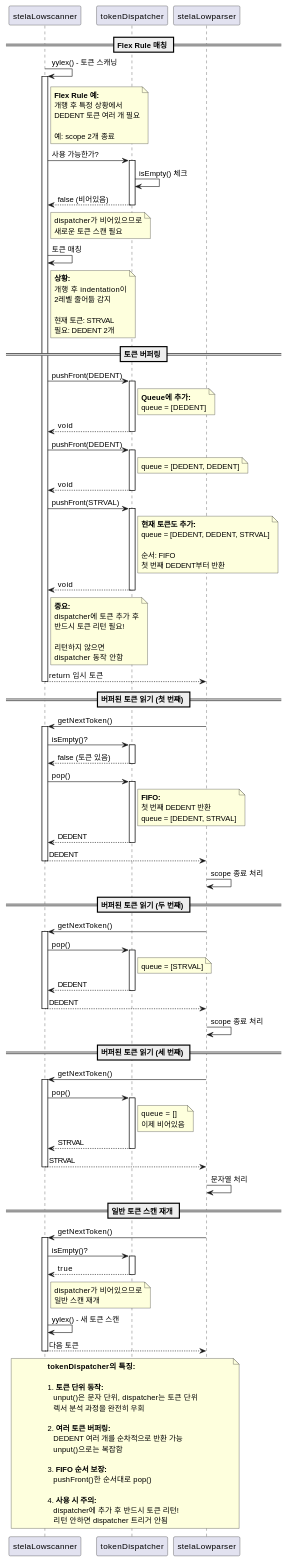
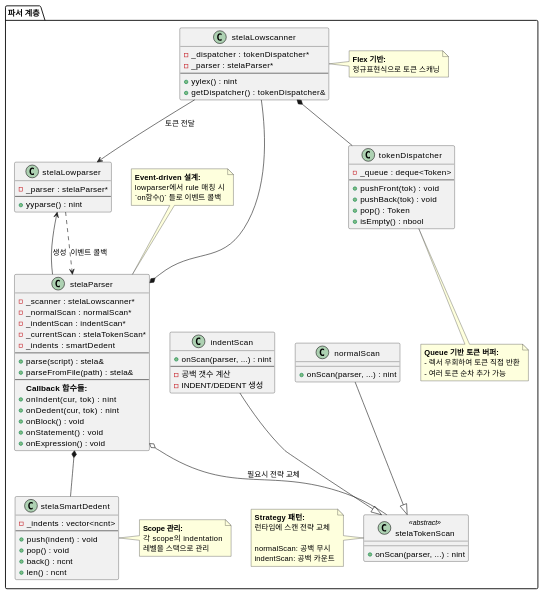
The third of 4 diagrams in doc/ref/ko/ah-architecture-stela.md (byeolang/byeol), drawn with PlantUML before and after one commit. The commit also changed other lines of this file, not shown here.

Commit message:
doc(stela): refine ai modified document

```diff
--- a/doc/ref/ko/ah-architecture-stela.md
+++ b/doc/ref/ko/ah-architecture-stela.md
@@ -164,201 +265,111 @@
 @startuml
-participant "stelaLowscanner" as scanner
-participant "tokenDispatcher" as dispatcher
-participant "stelaLowparser" as parser
+package "파서 계층" {
+    class "stelaParser" as stelaParser {
+        - _scanner : stelaLowscanner*
+        - _normalScan : normalScan*
+        - _indentScan : indentScan*
+        - _currentScan : stelaTokenScan*
+        - _indents : smartDedent
+        ---
+        + parse(script) : stela&
+        + parseFromFile(path) : stela&
+        ---
+        <b>Callback 함수들:</b>
+        + onIndent(cur, tok) : nint
+        + onDedent(cur, tok) : nint
+        + onBlock() : void
+        + onStatement() : void
+        + onExpression() : void
+    }
 
-== Flex Rule 매칭 ==
+    class "stelaLowscanner" as scanner {
+        - _dispatcher : tokenDispatcher*
+        - _parser : stelaParser*
+        ---
+        + yylex() : nint
+        + getDispatcher() : tokenDispatcher&
+    }
 
-scanner -> scanner : yylex() - 토큰 스캐닝
-activate scanner
+    class "stelaLowparser" as parser {
+        - _parser : stelaParser*
+        ---
+        + yyparse() : nint
+    }
 
-note right of scanner
-  <b>Flex Rule 예:</b>
-  개행 후 특정 상황에서
-  DEDENT 토큰 여러 개 필요
+    class "tokenDispatcher" as dispatcher {
+        - _queue : deque<Token>
+        ---
+        + pushFront(tok) : void
+        + pushBack(tok) : void
+        + pop() : Token
+        + isEmpty() : nbool
+    }
 
-  예: scope 2개 종료
-end note
+    class "stelaTokenScan" as tokenScan <<abstract>> {
+        + onScan(parser, ...) : nint
+    }
 
-scanner -> dispatcher : 사용 가능한가?
-activate dispatcher
+    class "normalScan" as normalScan {
+        + onScan(parser, ...) : nint
+    }
 
-dispatcher -> dispatcher : isEmpty() 체크
-dispatcher --> scanner : false (비어있음)
+    class "indentScan" as indentScan {
+        + onScan(parser, ...) : nint
+        ---
+        - 공백 갯수 계산
+        - INDENT/DEDENT 생성
+    }
 
-deactivate dispatcher
+    class "stelaSmartDedent" as smartDedent {
+        - _indents : vector<ncnt>
+        ---
+        + push(indent) : void
+        + pop() : void
+        + back() : ncnt
+        + len() : ncnt
+    }
 
-note right of scanner
-  dispatcher가 비어있으므로
-  새로운 토큰 스캔 필요
-end note
+    note top of stelaParser
+      <b>Event-driven 설계:</b>
+      lowparser에서 rule 매칭 시
+      `on함수()` 들로 이벤트 콜백
+    end note
 
-scanner -> scanner : 토큰 매칭
+    note right of scanner
+      <b>Flex 기반:</b>
+      정규표현식으로 토큰 스캐닝
+    end note
 
-note right of scanner
-  <b>상황:</b>
-  개행 후 indentation이
-  2레벨 줄어듦 감지
+    note bottom of dispatcher
+      <b>Queue 기반 토큰 버퍼:</b>
+      - 렉서 우회하여 토큰 직접 반환
+      - 여러 토큰 순차 추가 가능
+    end note
 
-  현재 토큰: STRVAL
-  필요: DEDENT 2개
-end note
+    note left of tokenScan
+      <b>Strategy 패턴:</b>
+      런타임에 스캔 전략 교체
 
-== 토큰 버퍼링 ==
+      normalScan: 공백 무시
+      indentScan: 공백 카운트
+    end note
 
-scanner -> dispatcher : pushFront(DEDENT)
-activate dispatcher
+    note right of smartDedent
+      <b>Scope 관리:</b>
+      각 scope의 indentation
+      레벨을 스택으로 관리
+    end note
+}
 
-note right of dispatcher
-  <b>Queue에 추가:</b>
-  queue = [DEDENT]
-end note
+stelaParser *-- scanner
+stelaParser *-- smartDedent
+stelaParser --> parser : 생성
+stelaParser o-- tokenScan : 필요시 전략 교체
+scanner *-- dispatcher
+scanner --> parser : 토큰 전달
 
-dispatcher --> scanner : void
-deactivate dispatcher
+normalScan --|> tokenScan
+indentScan --|> tokenScan
 
-scanner -> dispatcher : pushFront(DEDENT)
-activate dispatcher
-
-note right of dispatcher
-  queue = [DEDENT, DEDENT]
-end note
-
-dispatcher --> scanner : void
-deactivate dispatcher
-
-scanner -> dispatcher : pushFront(STRVAL)
-activate dispatcher
-
-note right of dispatcher
-  <b>현재 토큰도 추가:</b>
-  queue = [DEDENT, DEDENT, STRVAL]
-
-  순서: FIFO
-  첫 번째 DEDENT부터 반환
-end note
-
-dispatcher --> scanner : void
-deactivate dispatcher
-
-note right of scanner
-  <b>중요:</b>
-  dispatcher에 토큰 추가 후
-  반드시 토큰 리턴 필요!
-
-  리턴하지 않으면
-  dispatcher 동작 안함
-end note
-
-scanner --> parser : return 임시 토큰
-deactivate scanner
-
-== 버퍼된 토큰 읽기 (첫 번째) ==
-
-parser -> scanner : getNextToken()
-activate scanner
-
-scanner -> dispatcher : isEmpty()?
-activate dispatcher
-
-dispatcher --> scanner : false (토큰 있음)
-deactivate dispatcher
-
-scanner -> dispatcher : pop()
-activate dispatcher
-
-note right of dispatcher
-  <b>FIFO:</b>
-  첫 번째 DEDENT 반환
-  queue = [DEDENT, STRVAL]
-end note
-
-dispatcher --> scanner : DEDENT
-deactivate dispatcher
-
-scanner --> parser : DEDENT
-deactivate scanner
-
-parser -> parser : scope 종료 처리
-
-== 버퍼된 토큰 읽기 (두 번째) ==
-
-parser -> scanner : getNextToken()
-activate scanner
-
-scanner -> dispatcher : pop()
-activate dispatcher
-
-note right of dispatcher
-  queue = [STRVAL]
-end note
-
-dispatcher --> scanner : DEDENT
-deactivate dispatcher
-
-scanner --> parser : DEDENT
-deactivate scanner
-
-parser -> parser : scope 종료 처리
-
-== 버퍼된 토큰 읽기 (세 번째) ==
-
-parser -> scanner : getNextToken()
-activate scanner
-
-scanner -> dispatcher : pop()
-activate dispatcher
-
-note right of dispatcher
-  queue = []
-  이제 비어있음
-end note
-
-dispatcher --> scanner : STRVAL
-deactivate dispatcher
-
-scanner --> parser : STRVAL
-deactivate scanner
-
-parser -> parser : 문자열 처리
-
-== 일반 토큰 스캔 재개 ==
-
-parser -> scanner : getNextToken()
-activate scanner
-
-scanner -> dispatcher : isEmpty()?
-activate dispatcher
-
-dispatcher --> scanner : true
-deactivate dispatcher
-
-note right of scanner
-  dispatcher가 비어있으므로
-  일반 스캔 재개
-end note
-
-scanner -> scanner : yylex() - 새 토큰 스캔
-
-scanner --> parser : 다음 토큰
-deactivate scanner
-
-note over scanner, parser
-  <b>tokenDispatcher의 특징:</b>
-
-  1. <b>토큰 단위 동작:</b>
-     unput()은 문자 단위, dispatcher는 토큰 단위
-     렉서 분석 과정을 완전히 우회
-
-  2. <b>여러 토큰 버퍼링:</b>
-     DEDENT 여러 개를 순차적으로 반환 가능
-     unput()으로는 복잡함
-
-  3. <b>FIFO 순서 보장:</b>
-     pushFront()한 순서대로 pop()
-
-  4. <b>사용 시 주의:</b>
-     dispatcher에 추가 후 반드시 토큰 리턴!
-     리턴 안하면 dispatcher 트리거 안됨
-end note
-
+parser ..> stelaParser : 이벤트 콜백
 @enduml
```
